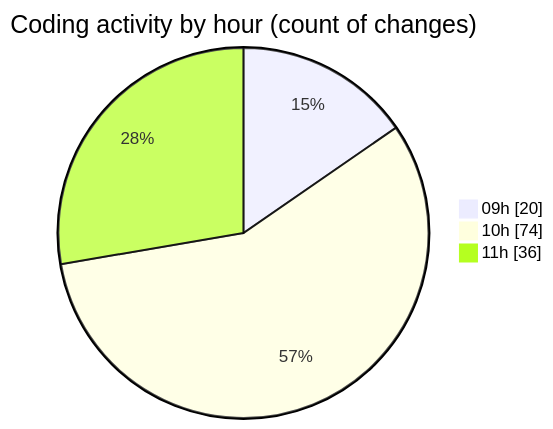
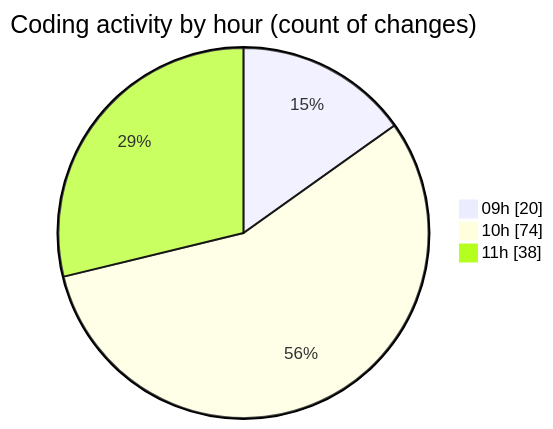
The second of 2 diagrams in 2025-06-06/ecodeli-1/README.md (CELIANVF/code-tracking), drawn with Mermaid before and after one commit. The commit also changed other lines of this file and 1 other file, not shown here.

````diff
--- a/2025-06-06/ecodeli-1/README.md
+++ b/2025-06-06/ecodeli-1/README.md
@@ -70,7 +71,7 @@
 ```mermaid
 pie showData
 title Coding activity by hour (count of changes)
 "09h" : 20
 "10h" : 74
-"11h" : 36
+"11h" : 38
 ```
````
